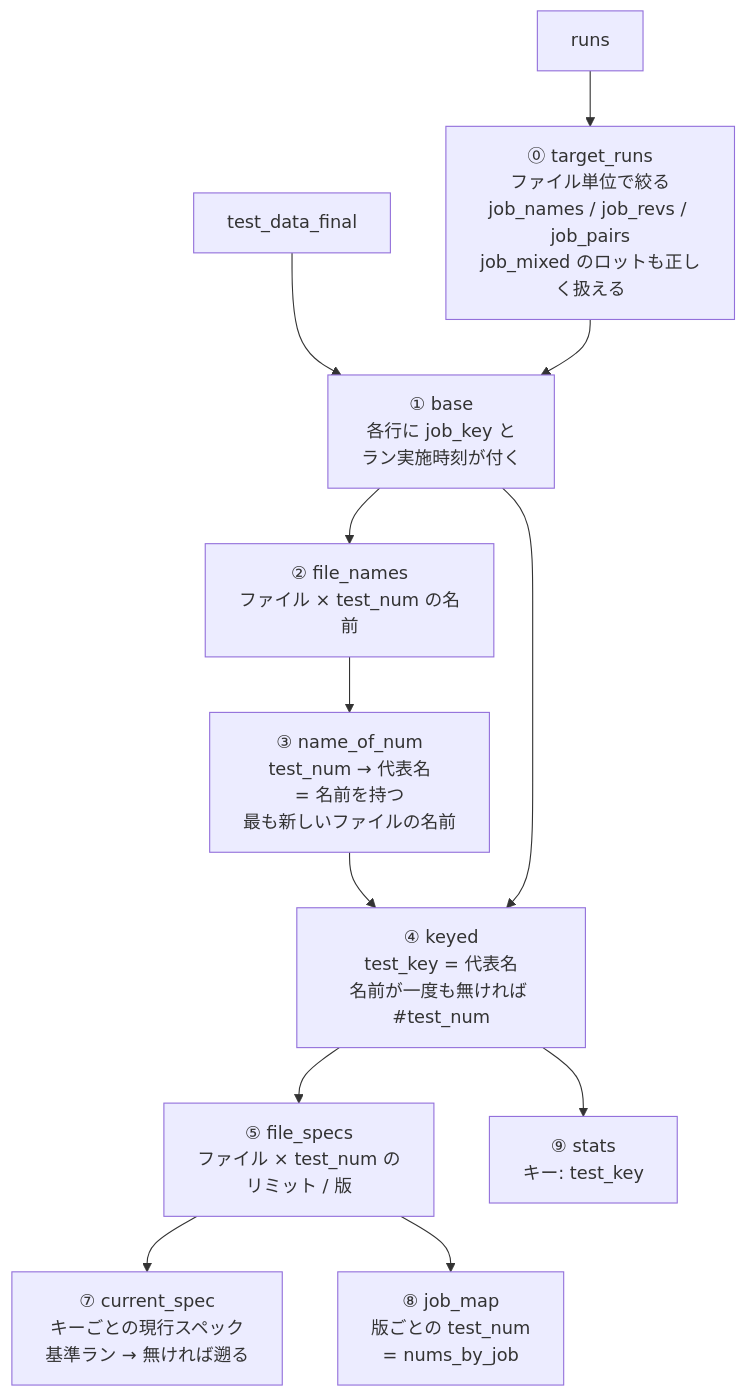
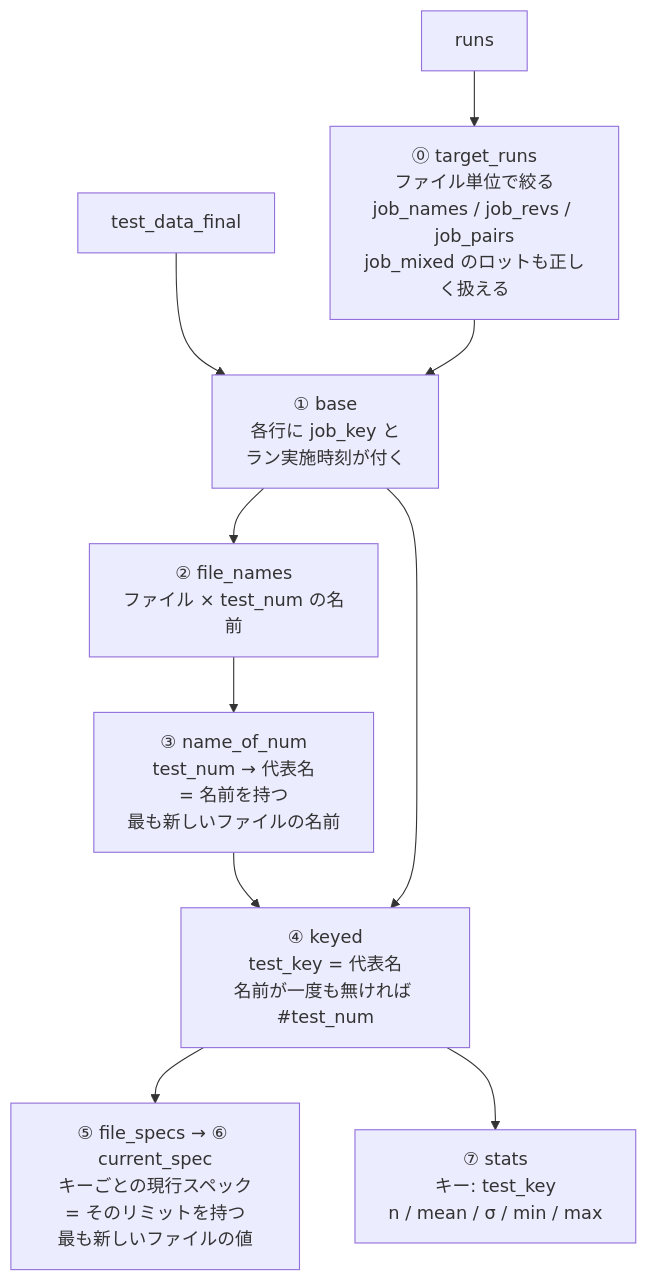
One commit to Kei0bb/STDF changed the fourth of 6 diagrams in docs/sample_queries.md. Above: the diagram before and after it, drawn with Mermaid. The commit also changed other lines of this file, not shown here.

````diff
--- a/docs/sample_queries.md
+++ b/docs/sample_queries.md
@@ -1579,14 +1581,12 @@
 ```mermaid
 flowchart TD
     R["runs"] --> TR["⓪ target_runs<br/>ファイル単位で絞る<br/>job_names / job_revs / job_pairs<br/>job_mixed のロットも正しく扱える"]
     TD["test_data_final"] --> B
     TR --> B["① base<br/>各行に job_key と<br/>ラン実施時刻が付く"]
     B --> FN["② file_names<br/>ファイル × test_num の名前"]
     FN --> NN["③ name_of_num<br/>test_num → 代表名<br/>= 名前を持つ<br/>最も新しいファイルの名前"]
     NN --> K["④ keyed<br/>test_key = 代表名<br/>名前が一度も無ければ #test_num"]
     B --> K
-    K --> FS["⑤ file_specs<br/>ファイル × test_num の<br/>リミット / 版"]
-    FS --> CS["⑦ current_spec<br/>キーごとの現行スペック<br/>基準ラン → 無ければ遡る"]
-    FS --> JM["⑧ job_map<br/>版ごとの test_num<br/>= nums_by_job"]
-    K --> ST["⑨ stats<br/>キー: test_key"]
+    K --> FS["⑤ file_specs → ⑥ current_spec<br/>キーごとの現行スペック<br/>= そのリミットを持つ<br/>最も新しいファイルの値"]
+    K --> ST["⑦ stats<br/>キー: test_key<br/>n / mean / σ / min / max"]
 ```
````
